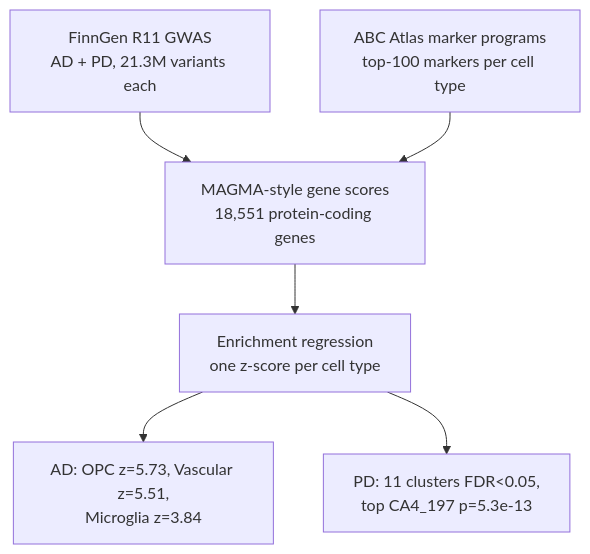
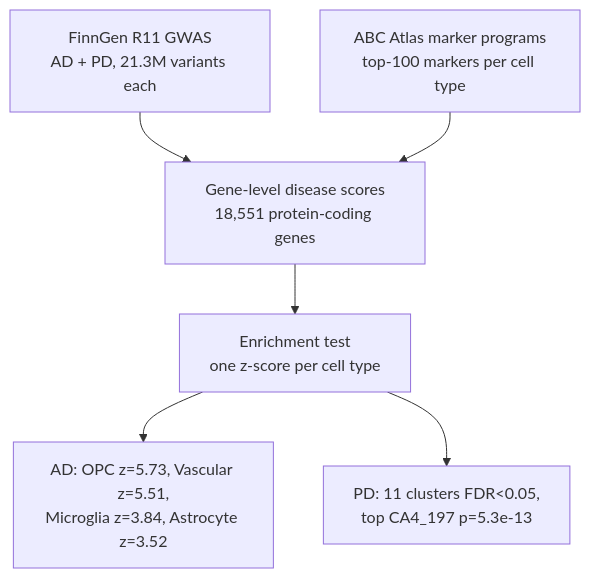
The second of 3 diagrams in docs/EXTENDED_INTRODUCTION.md (hwilner/gwas-brain-celltype-heritability), drawn with Mermaid before and after one commit. The commit also changed other lines of this file, not shown here.

````diff
--- a/docs/EXTENDED_INTRODUCTION.md
+++ b/docs/EXTENDED_INTRODUCTION.md
@@ -63,8 +100,8 @@
 ```mermaid
 flowchart TD
-    A[FinnGen R11 GWAS<br/>AD + PD, 21.3M variants each] --> C[MAGMA-style gene scores<br/>18,551 protein-coding genes]
+    A[FinnGen R11 GWAS<br/>AD + PD, 21.3M variants each] --> C[Gene-level disease scores<br/>18,551 protein-coding genes]
     B[ABC Atlas marker programs<br/>top-100 markers per cell type] --> C
-    C --> D[Enrichment regression<br/>one z-score per cell type]
-    D --> E[AD: OPC z=5.73, Vascular z=5.51,<br/>Microglia z=3.84]
+    C --> D[Enrichment test<br/>one z-score per cell type]
+    D --> E[AD: OPC z=5.73, Vascular z=5.51,<br/>Microglia z=3.84, Astrocyte z=3.52]
     D --> F[PD: 11 clusters FDR&lt;0.05,<br/>top CA4_197 p=5.3e-13]
 ```
````
